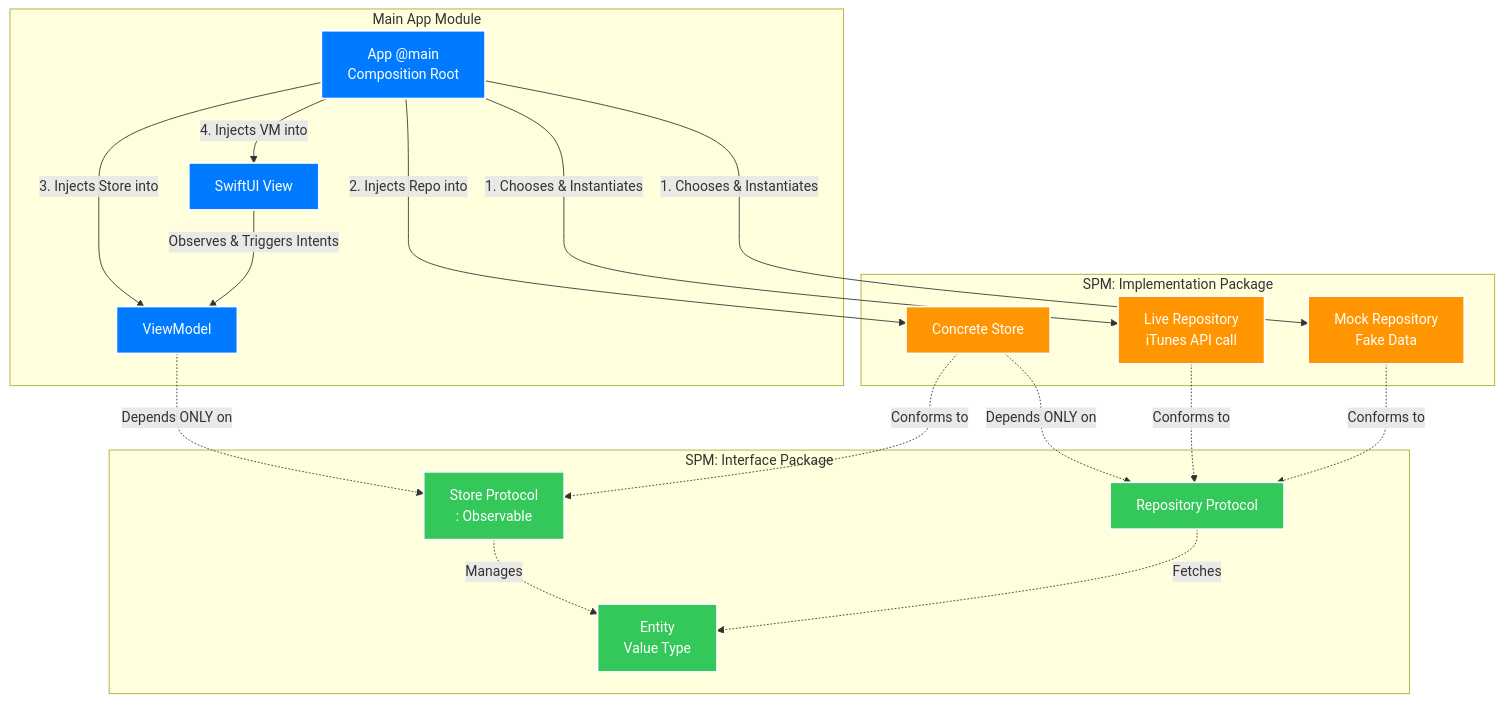
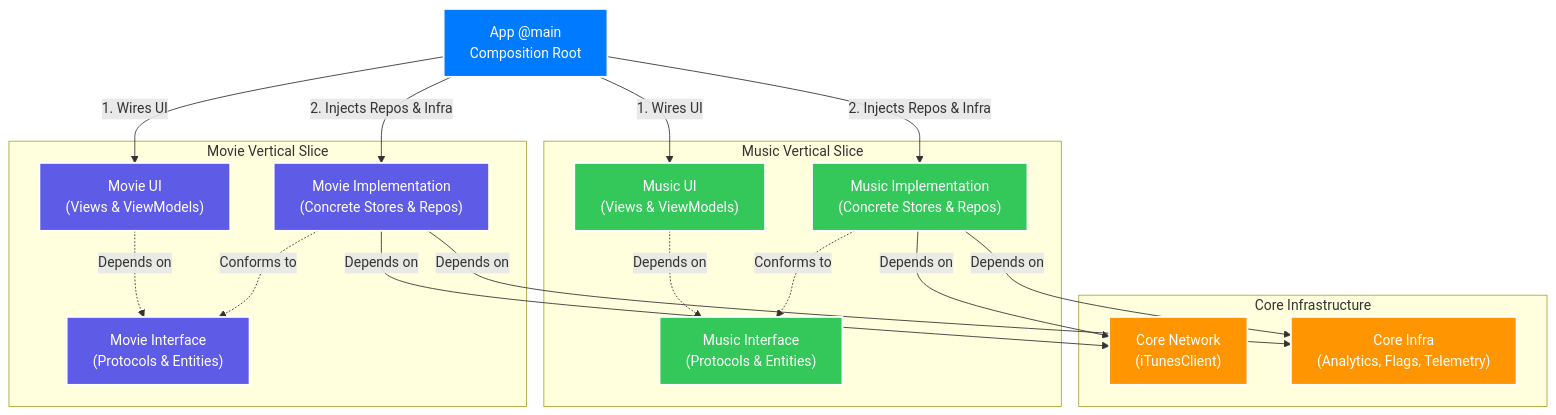
One commit to mobiledge/the-modular-ios-playbook changed the fifth of 5 diagrams in README.md. Above: the diagram before and after it, drawn with Mermaid. The commit also changed other lines of this file, not shown here.

````diff
--- a/README.md
+++ b/README.md
@@ -29,45 +113,42 @@
 ```mermaid
 graph TD
-    classDef mainApp fill:#007AFF,stroke:#fff,stroke-width:2px,color:#fff;
-    classDef interface fill:#34C759,stroke:#fff,stroke-width:2px,color:#fff;
-    classDef implementation fill:#FF9500,stroke:#fff,stroke-width:2px,color:#fff;
+    classDef app fill:#007AFF,stroke:#fff,stroke-width:2px,color:#fff;
+    classDef music fill:#34C759,stroke:#fff,stroke-width:2px,color:#fff;
+    classDef movie fill:#5E5CE6,stroke:#fff,stroke-width:2px,color:#fff;
+    classDef core fill:#FF9500,stroke:#fff,stroke-width:2px,color:#fff;
 
-    subgraph mainAppModule["Main App Module"]
-        App["App @main<br/>Composition Root"]
-        View["SwiftUI View"]
-        VM["ViewModel"]
+    App["App @main<br/>Composition Root"]:::app
+
+    subgraph Music Domain [Music Vertical Slice]
+        MusicUI["Music UI<br/>(Views & ViewModels)"]:::music
+        MusicImpl["Music Implementation<br/>(Concrete Stores & Repos)"]:::music
+        MusicInt["Music Interface<br/>(Protocols & Entities)"]:::music
     end
 
-    subgraph interfacePkg["SPM: Interface Package"]
-        StoreProtocol["Store Protocol<br/>: Observable"]
-        RepoProtocol["Repository Protocol"]
-        Entity["Entity<br/>Value Type"]
+    subgraph Movie Domain [Movie Vertical Slice]
+        MovieUI["Movie UI<br/>(Views & ViewModels)"]:::movie
+        MovieImpl["Movie Implementation<br/>(Concrete Stores & Repos)"]:::movie
+        MovieInt["Movie Interface<br/>(Protocols & Entities)"]:::movie
     end
 
-    subgraph implPkg["SPM: Implementation Package"]
-        ConcreteStore["Concrete Store"]
-        LiveRepo["Live Repository<br/>iTunes API call"]
-        MockRepo["Mock Repository<br/>Fake Data"]
+    subgraph Foundation [Core Infrastructure]
+        CoreNet["Core Network<br/>(iTunesClient)"]:::core
+        CoreInfra["Core Infra<br/>(Analytics, Flags, Telemetry)"]:::core
     end
 
-    App -->|1. Chooses & Instantiates| LiveRepo
-    App -->|1. Chooses & Instantiates| MockRepo
-    App -->|2. Injects Repo into| ConcreteStore
-    App -->|3. Injects Store into| VM
-    App -->|4. Injects VM into| View
+    App -->|1. Wires UI| MusicUI
+    App -->|2. Injects Repos & Infra| MusicImpl
+    App -->|1. Wires UI| MovieUI
+    App -->|2. Injects Repos & Infra| MovieImpl
 
-    View -->|Observes & Triggers Intents| VM
+    MusicUI -.->|Depends on| MusicInt
+    MusicImpl -.->|Conforms to| MusicInt
+    MusicImpl -->|Depends on| CoreNet
+    MusicImpl -->|Depends on| CoreInfra
 
-    VM -.->|Depends ONLY on| StoreProtocol
-    ConcreteStore -.->|Conforms to| StoreProtocol
-    ConcreteStore -.->|Depends ONLY on| RepoProtocol
-    LiveRepo -.->|Conforms to| RepoProtocol
-    MockRepo -.->|Conforms to| RepoProtocol
+    MovieUI -.->|Depends on| MovieInt
+    MovieImpl -.->|Conforms to| MovieInt
+    MovieImpl -->|Depends on| CoreNet
+    MovieImpl -->|Depends on| CoreInfra
 
-    StoreProtocol -.->|Manages| Entity
-    RepoProtocol -.->|Fetches| Entity
-
-    class App,View,VM mainApp;
-    class StoreProtocol,RepoProtocol,Entity interface;
-    class ConcreteStore,LiveRepo,MockRepo implementation;
 ```
````
